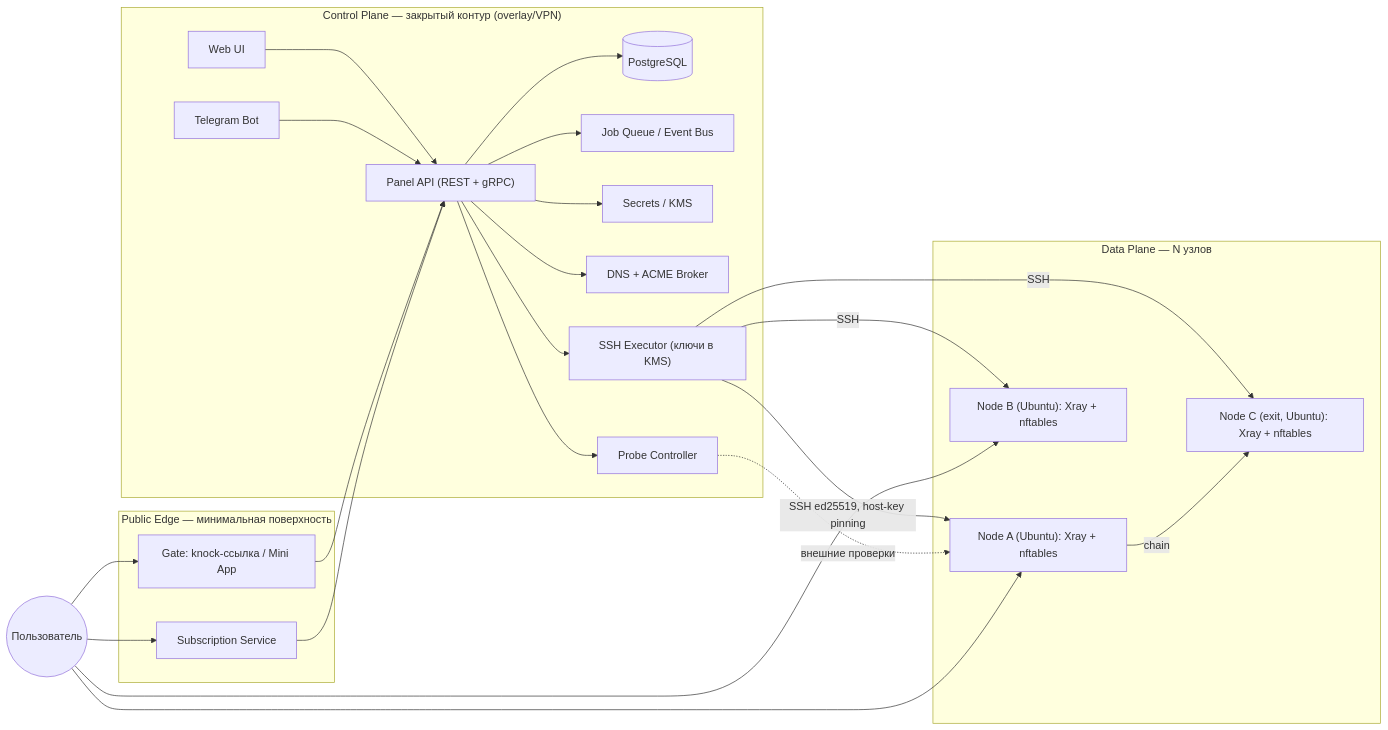
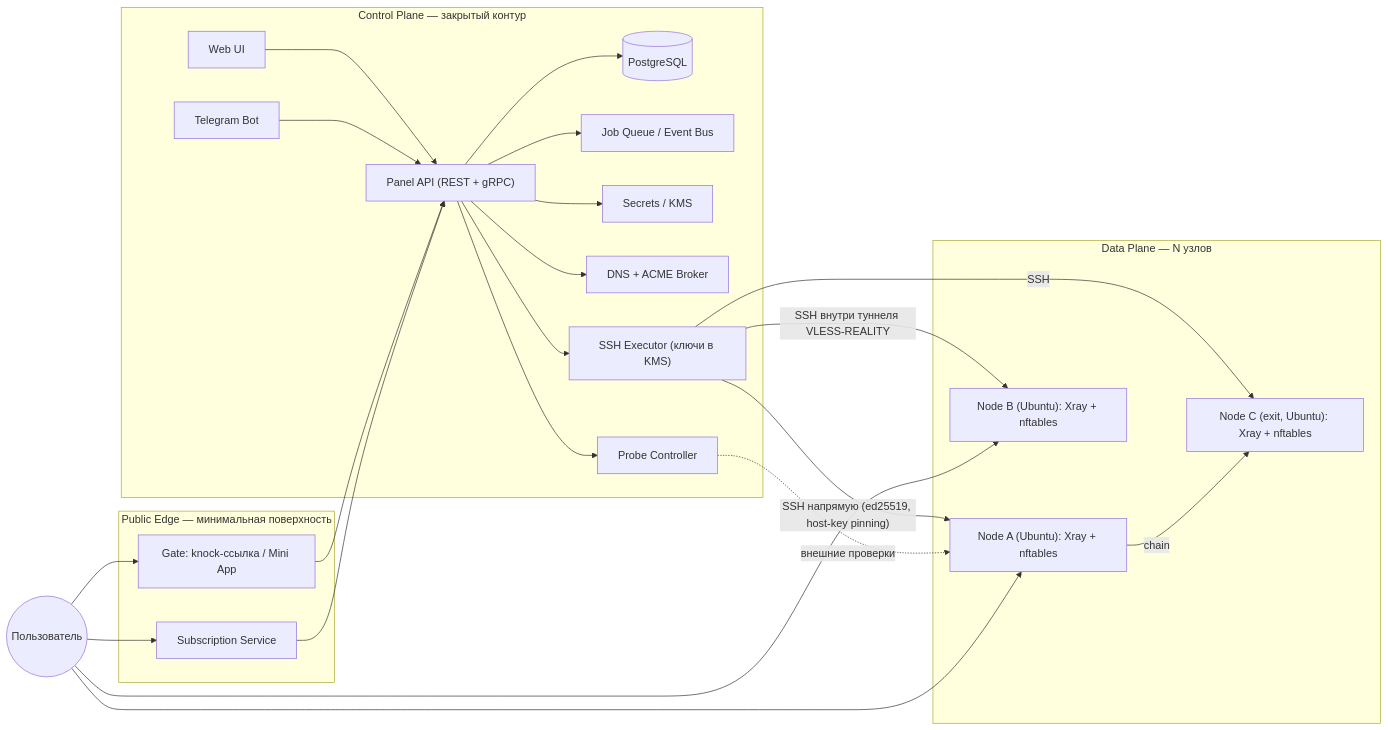
One commit to deluwr/eskadra changed the first of 10 diagrams in fleet-ui-architecture.md. Above: the diagram before and after it, drawn with Mermaid. The commit also changed other lines of this file, not shown here.

First line of the commit message:
Архитектура v0.5: канал управления напрямую или через служебный туннель

````diff
--- a/fleet-ui-architecture.md
+++ b/fleet-ui-architecture.md
@@ -94,36 +96,36 @@
 ```mermaid
 flowchart LR
-  subgraph CP["Control Plane — закрытый контур (overlay/VPN)"]
+  subgraph CP["Control Plane — закрытый контур"]
     UI["Web UI"] --> API["Panel API (REST + gRPC)"]
     BOT["Telegram Bot"] --> API
     API --> DB[("PostgreSQL")]
     API --> BUS["Job Queue / Event Bus"]
     API --> KMS["Secrets / KMS"]
     API --> BROKER["DNS + ACME Broker"]
     API --> PROBE["Probe Controller"]
     API --> EXEC["SSH Executor (ключи в KMS)"]
   end
 
   subgraph EDGE["Public Edge — минимальная поверхность"]
     SUB["Subscription Service"]
     GATE["Gate: knock-ссылка / Mini App"]
   end
 
   subgraph DP["Data Plane — N узлов"]
     N1["Node A (Ubuntu): Xray + nftables"]
     N2["Node B (Ubuntu): Xray + nftables"]
     N3["Node C (exit, Ubuntu): Xray + nftables"]
   end
 
   GATE --> API
   SUB --> API
-  EXEC -->|"SSH ed25519, host-key pinning"| N1
-  EXEC -->|"SSH"| N2
+  EXEC -->|"SSH напрямую (ed25519, host-key pinning)"| N1
+  EXEC -->|"SSH внутри туннеля VLESS-REALITY"| N2
   EXEC -->|"SSH"| N3
   N1 -- "chain" --> N3
   PROBE -. "внешние проверки" .-> N1
   USER(("Пользователь")) --> SUB
   USER --> GATE
   USER --> N1
   USER --> N2
 ```
````
